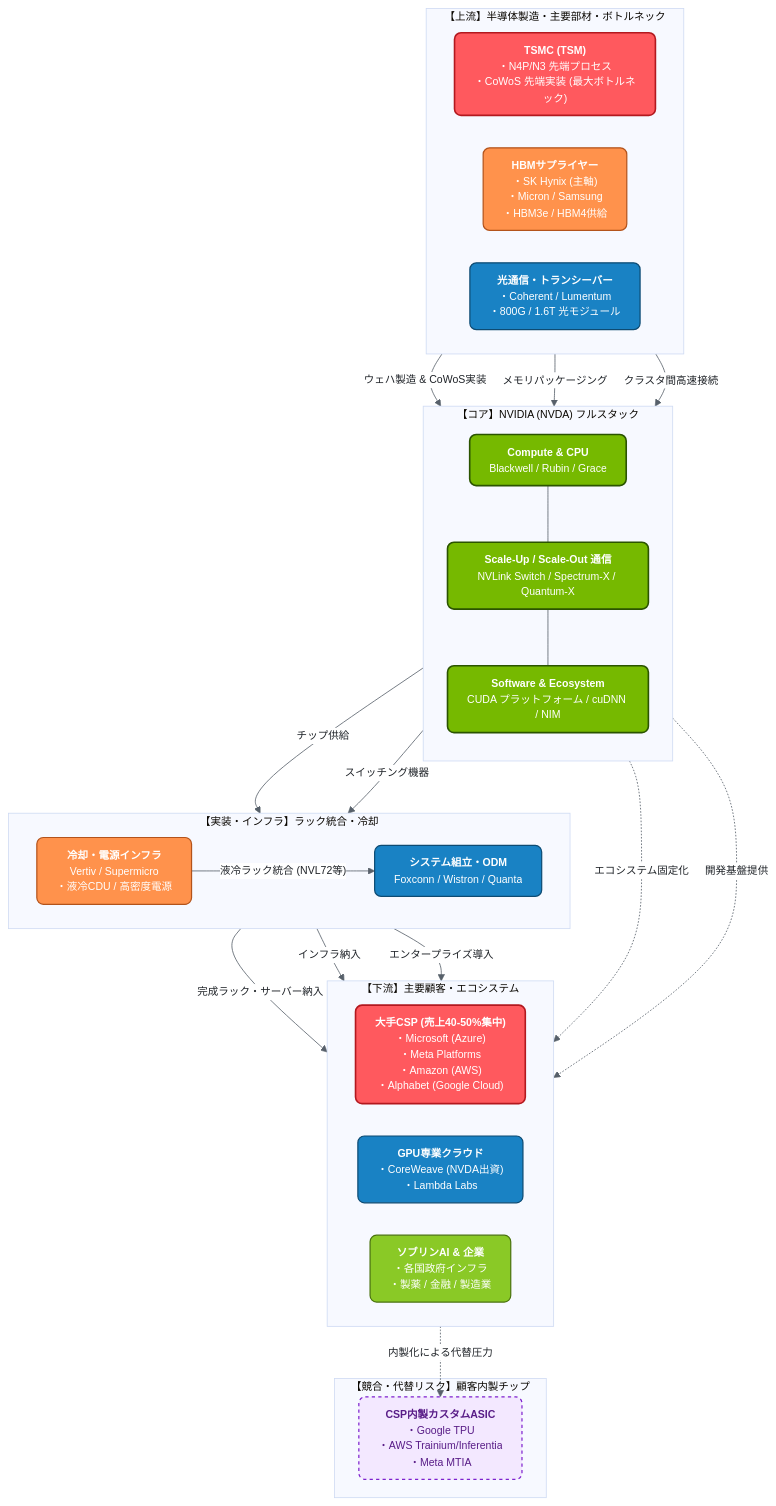
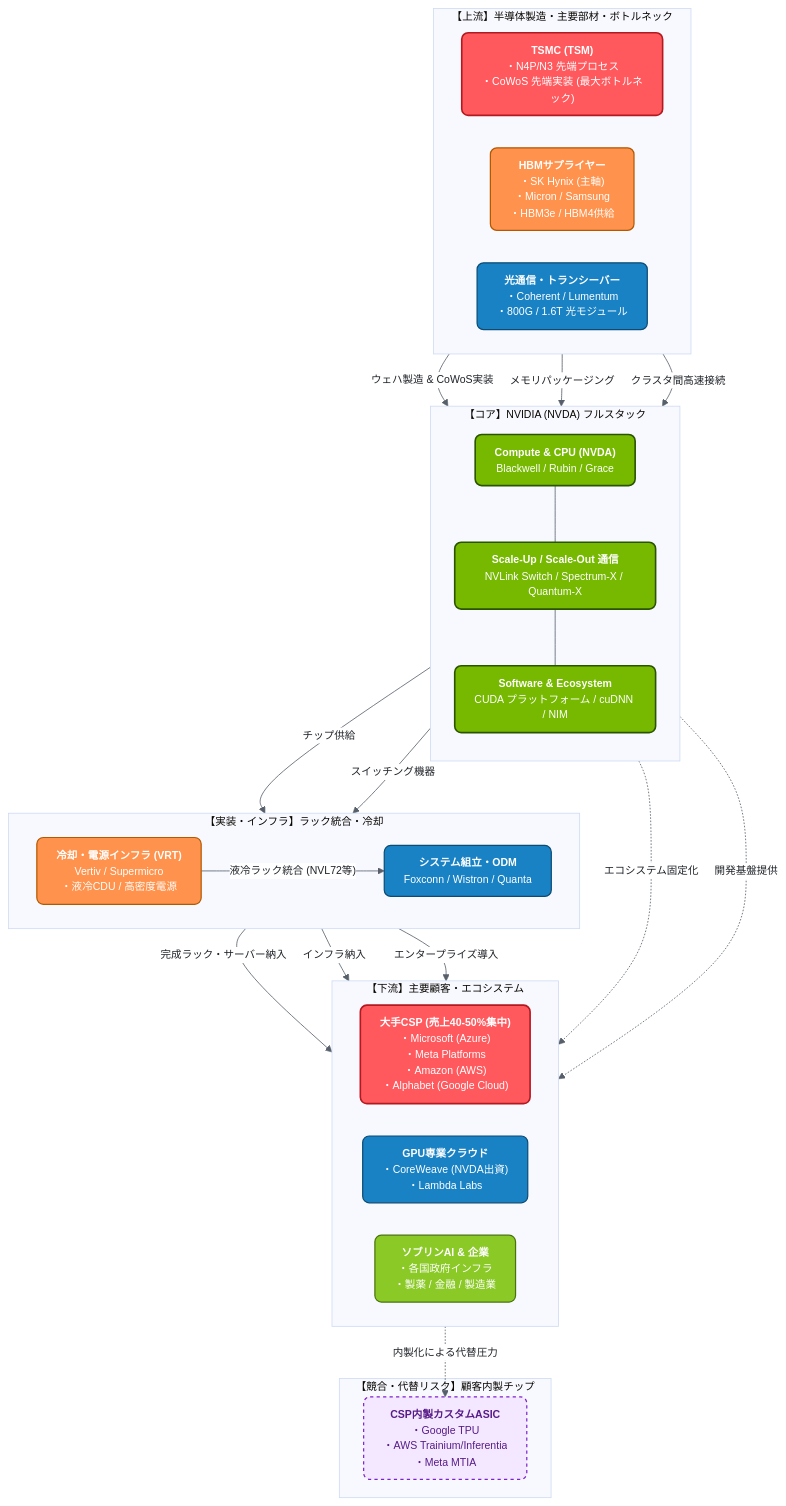
One commit to Tom-2106/invest-info changed the diagram in README.md. Above: the diagram before and after it, drawn with Mermaid.

```diff
--- a/README.md
+++ b/README.md
@@ -27,7 +27,7 @@
     %% サブグラフ：コア製品・自社スタック
     subgraph Core ["【コア】NVIDIA (NVDA) フルスタック"]
         direction TB
-        Chips["<b>Compute & CPU</b><br>Blackwell / Rubin / Grace"]:::nvda
+        Chips["<b>Compute & CPU (NVDA)</b><br>Blackwell / Rubin / Grace"]:::nvda
         Interconnect["<b>Scale-Up / Scale-Out 通信</b><br>NVLink Switch / Spectrum-X / Quantum-X"]:::nvda
         Software["<b>Software & Ecosystem</b><br>CUDA プラットフォーム / cuDNN / NIM"]:::nvda
         Chips --- Interconnect --- Software
@@ -37,7 +37,7 @@
     subgraph Infrastructure ["【実装・インフラ】ラック統合・冷却"]
         direction LR
         ODM["<b>システム組立・ODM</b><br>Foxconn / Wistron / Quanta"]:::medium
-        Cooling["<b>冷却・電源インフラ</b><br>Vertiv / Supermicro<br>・液冷CDU / 高密度電源"]:::high
+        Cooling["<b>冷却・電源インフラ (VRT)</b><br>Vertiv / Supermicro<br>・液冷CDU / 高密度電源"]:::high
     end
 
     %% サブグラフ：下流（主要顧客・エンド市場）
@@ -70,10 +70,18 @@
 
     Hyperscalers -.->|内製化による代替圧力| InHouse
 
-    %% スタイル定義 (角丸 rx, ry / 落ち着いたトーン)
+    %% ==========================================
+    %% 各ノードへのリンク（TradingViewチャート）設定
+    %% ==========================================
+    click TSMC "[https://jp.tradingview.com/symbols/NYSE-TSM/](https://jp.tradingview.com/symbols/NYSE-TSM/)" "TSMC (TSM) のチャートを開く" _blank
+    click Chips "[https://jp.tradingview.com/symbols/NASDAQ-NVDA/](https://jp.tradingview.com/symbols/NASDAQ-NVDA/)" "NVIDIA (NVDA) のチャートを開く" _blank
+    click Cooling "[https://jp.tradingview.com/symbols/NYSE-VRT/](https://jp.tradingview.com/symbols/NYSE-VRT/)" "Vertiv (VRT) のチャートを開く" _blank
+    click Optics "[https://jp.tradingview.com/symbols/NYSE-COHR/](https://jp.tradingview.com/symbols/NYSE-COHR/)" "Coherent (COHR) のチャートを開く" _blank
+
+    %% スタイル定義
     classDef nvda fill:#76b900,stroke:#2b5400,stroke-width:2px,color:#ffffff,rx:8px,ry:8px;
     classDef critical fill:#ff595e,stroke:#b3191f,stroke-width:2px,color:#ffffff,rx:8px,ry:8px;
-    classDef high fill:#ff924c,stroke:#b3531b,stroke-width:1.5px,color:#ffffff,rx:8px,ry:8px;
+    classDef high fill:#ff924c,stroke:#b35900,stroke-width:1.5px,color:#ffffff,rx:8px,ry:8px;
     classDef medium fill:#1982c4,stroke:#0d4b73,stroke-width:1.5px,color:#ffffff,rx:8px,ry:8px;
     classDef low fill:#8ac926,stroke:#4a730e,stroke-width:1.5px,color:#ffffff,rx:8px,ry:8px;
     classDef risk fill:#f3e8ff,stroke:#7e22ce,stroke-width:1.5px,stroke-dasharray: 4 4,color:#581c87,rx:8px,ry:8px;
```
